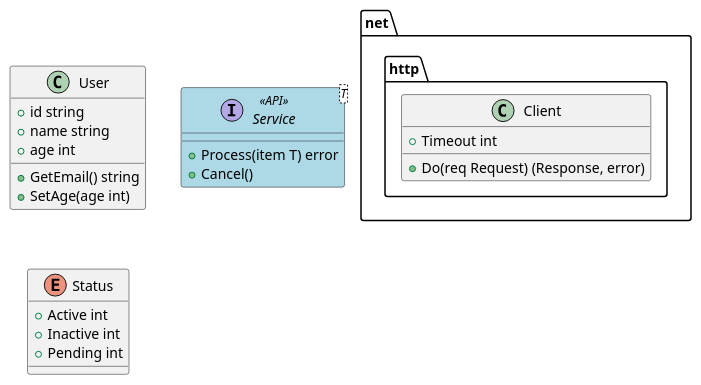
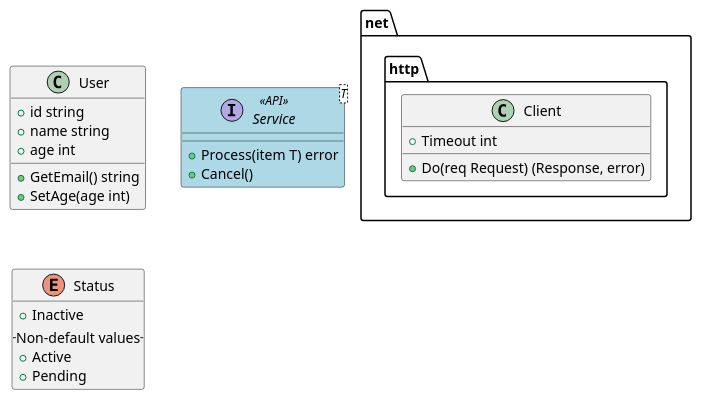
One commit to yur4uwe/puml-as-code changed the diagram in input/integration_testdata/entity_declarations.puml. Above: the diagram before and after it, drawn with PlantUML. The commit also changed 6 other files, not shown here.

```diff
--- a/input/integration_testdata/entity_declarations.puml
+++ b/input/integration_testdata/entity_declarations.puml
@@ -3,28 +3,29 @@
 @startuml EntityDeclarations
 
 class User {
   +id string
   +name string
   +GetEmail() string
 }
 
 interface Service<T> <<API>> #lightblue {
   +Process(item T) error
 }
 
 enum Status {
-  +Active int
-  +Inactive int
-  +Pending int
+  +Inactive
+  -- Non-default values --
+  +Active
+  +Pending
 }
 
 ' Standalone inline declarations
 User : +age int
 User : +SetAge(age int)
 Service : +Cancel()
 
 ' Inline declaration with package qualification
 net.http.Client : +Timeout int
 net.http.Client : +Do(req Request) (Response, error)
 
 @enduml
```
